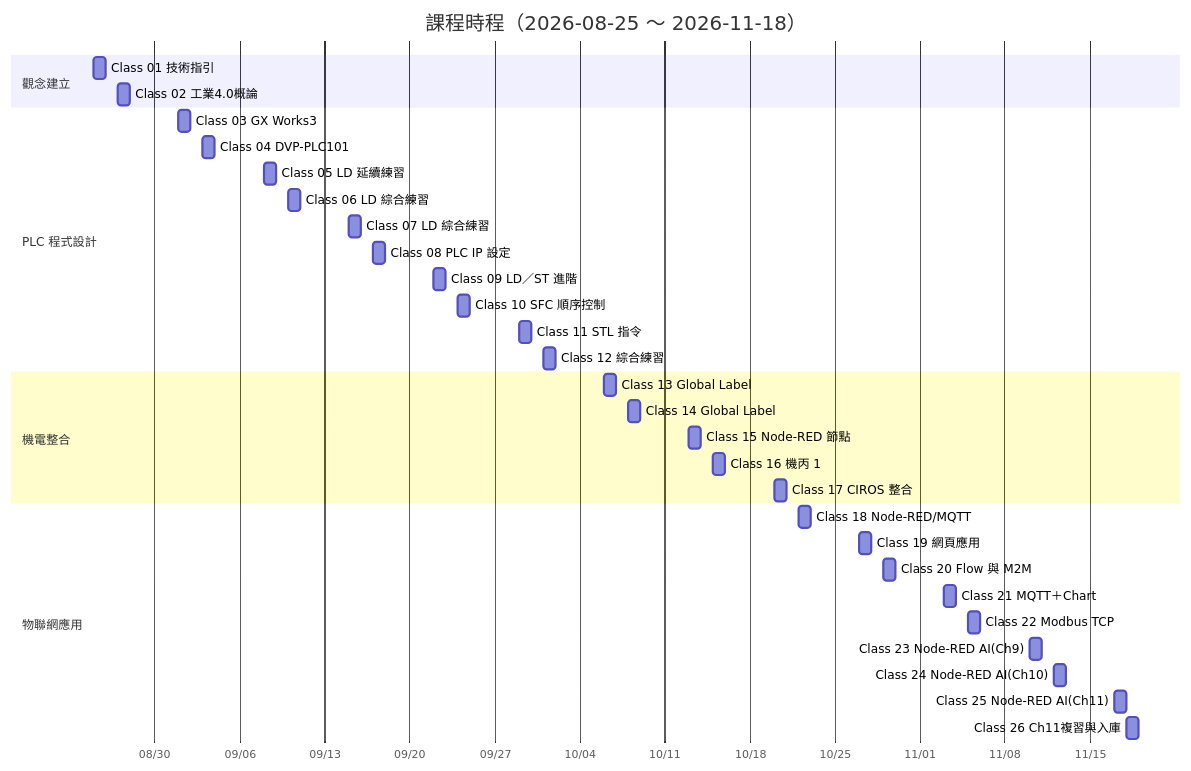
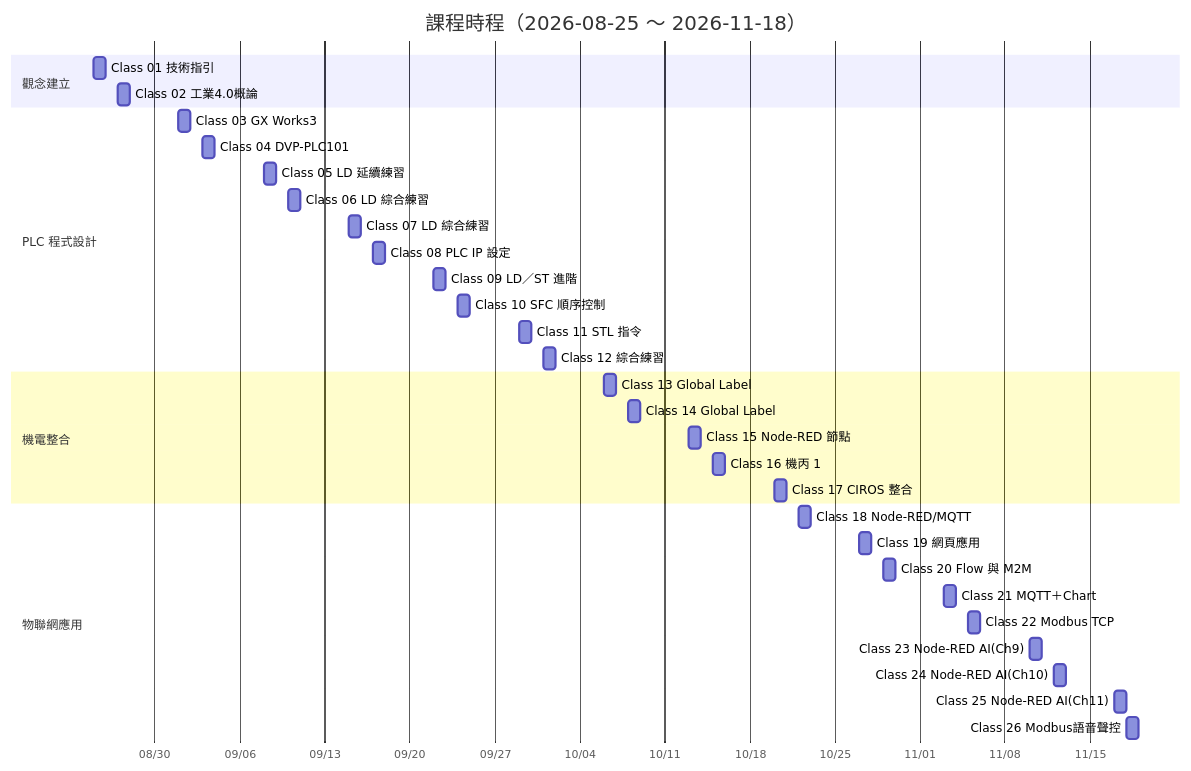
One commit to yd7148/INDUSTRY-4.0 changed the second of 3 diagrams in docs/COURSE-MAP.md. Above: the diagram before and after it, drawn with Mermaid. The commit also changed other lines of this file and 3 other files, not shown here.

````diff
--- a/docs/COURSE-MAP.md
+++ b/docs/COURSE-MAP.md
@@ -73,36 +74,36 @@
 ```mermaid
 gantt
     title 課程時程（2026-08-25 ～ 2026-11-18）
     dateFormat YYYY-MM-DD
     axisFormat %m/%d
     section 觀念建立
     Class 01 技術指引        :c01, 2026-08-25, 1d
     Class 02 工業4.0概論      :c02, 2026-08-27, 1d
     section PLC 程式設計
     Class 03 GX Works3       :c03, 2026-09-01, 1d
     Class 04 DVP-PLC101      :c04, 2026-09-03, 1d
     Class 05 LD 延續練習      :c05, 2026-09-08, 1d
     Class 06 LD 綜合練習      :c06, 2026-09-10, 1d
     Class 07 LD 綜合練習      :c07, 2026-09-15, 1d
     Class 08 PLC IP 設定      :c08, 2026-09-17, 1d
     Class 09 LD／ST 進階      :c09, 2026-09-22, 1d
     Class 10 SFC 順序控制     :c10, 2026-09-24, 1d
     Class 11 STL 指令         :c11, 2026-09-29, 1d
     Class 12 綜合練習         :c12, 2026-10-01, 1d
     section 機電整合
     Class 13 Global Label    :c13, 2026-10-06, 1d
     Class 14 Global Label    :c14, 2026-10-08, 1d
     Class 15 Node-RED 節點    :c15, 2026-10-13, 1d
     Class 16 機丙 1           :c16, 2026-10-15, 1d
     Class 17 CIROS 整合       :c17, 2026-10-20, 1d
     section 物聯網應用
     Class 18 Node-RED/MQTT   :c18, 2026-10-22, 1d
     Class 19 網頁應用         :c19, 2026-10-27, 1d
     Class 20 Flow 與 M2M      :c20, 2026-10-29, 1d
     Class 21 MQTT＋Chart     :c21, 2026-11-03, 1d
     Class 22 Modbus TCP      :c22, 2026-11-05, 1d
     Class 23 Node-RED AI(Ch9) :c23, 2026-11-10, 1d
     Class 24 Node-RED AI(Ch10):c24, 2026-11-12, 1d
     Class 25 Node-RED AI(Ch11):c25, 2026-11-17, 1d
-    Class 26 Ch11複習與入庫  :c26, 2026-11-18, 1d
+    Class 26 Modbus語音聲控  :c26, 2026-11-18, 1d
 ```
````
